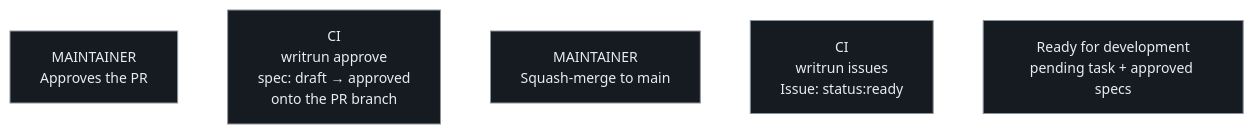
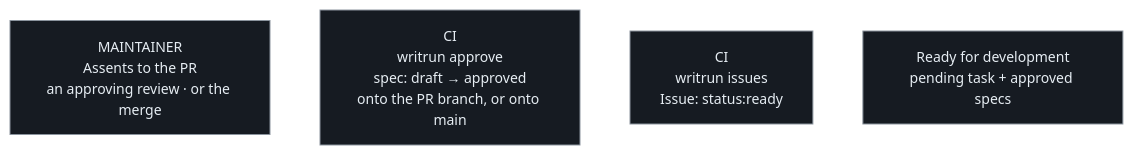
The second of 9 diagrams in docs/product/pipeline.md (thomasfranke/writrun), drawn with Mermaid before and after one commit. The commit also changed other lines of this file and 7 other files, not shown here.

````diff
--- a/docs/product/pipeline.md
+++ b/docs/product/pipeline.md
@@ -115,10 +127,9 @@
 ```mermaid
 %%{init: {'theme':'base','themeVariables':{'background':'#0d1117','primaryColor':'#161b22','primaryTextColor':'#e6edf3','primaryBorderColor':'#8b949e','lineColor':'#ffffff','secondaryColor':'#161b22','tertiaryColor':'#161b22','fontSize':'14px'}}}%%
 flowchart LR
-    A["MAINTAINER<br/>Approves the PR"]
-    B["CI<br/>writrun approve<br/>spec: draft → approved<br/>onto the PR branch"]
-    C["MAINTAINER<br/>Squash-merge to main"]
+    A["MAINTAINER<br/>Assents to the PR<br/>an approving review · or the merge"]
+    B["CI<br/>writrun approve<br/>spec: draft → approved<br/>onto the PR branch, or onto main"]
     D["CI<br/>writrun issues<br/>Issue: status:ready"]
     E["Ready for development<br/>pending task + approved specs"]
-    A --> B --> C --> D --> E
+    A --> B --> D --> E
 ```
````
